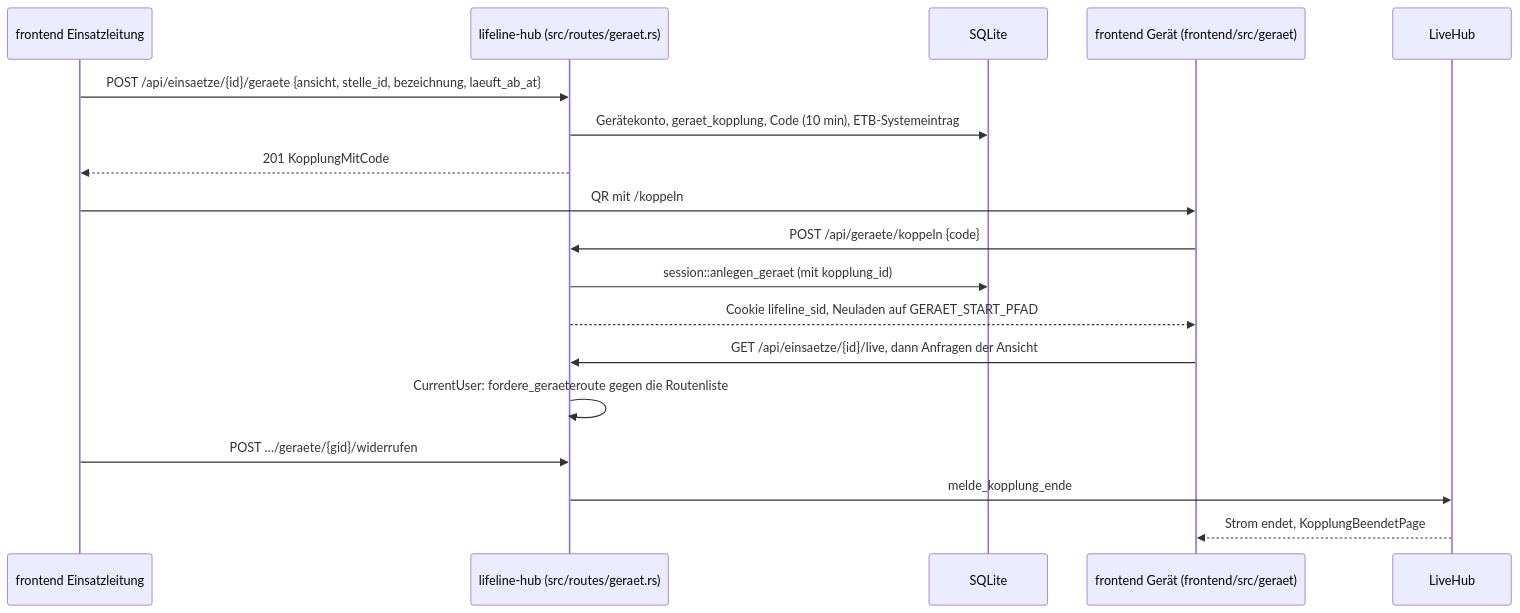
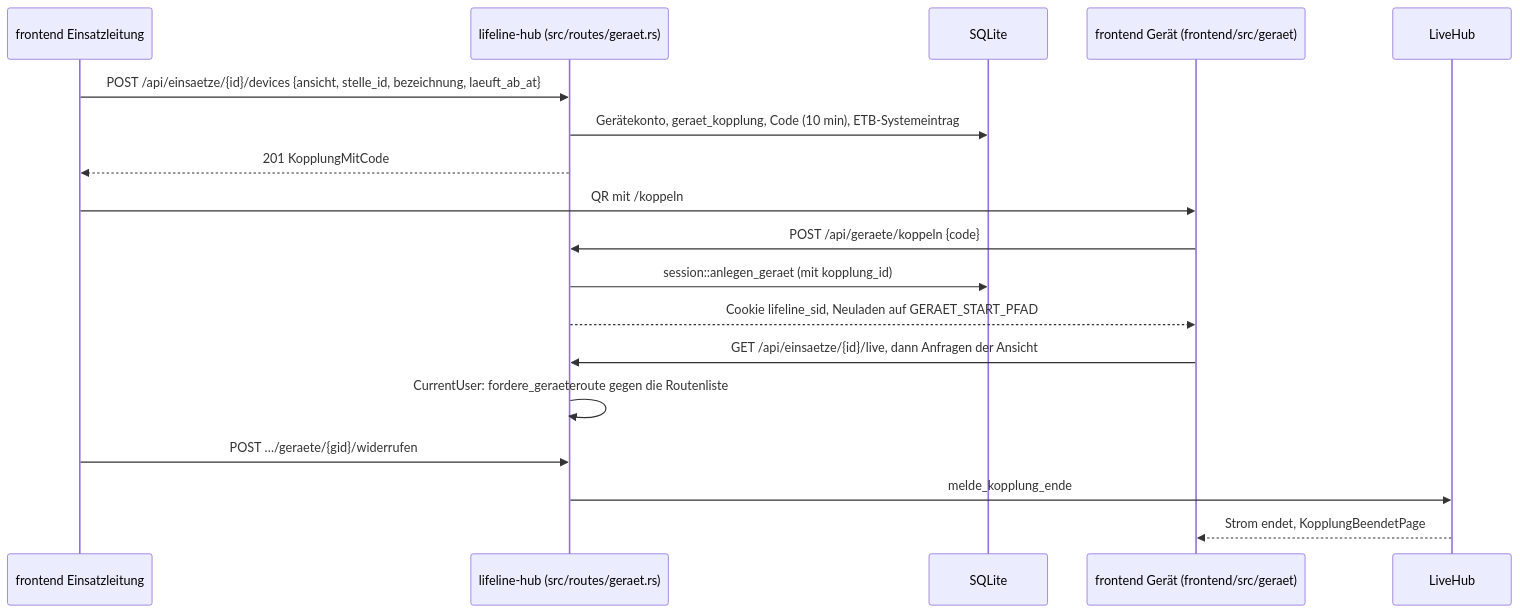
The seventh of 19 diagrams in docs/architektur/06-laufzeitsicht.md (rubenvitt/lifeline-hub), drawn with Mermaid before and after one commit. The commit also changed 344 other files, not shown here.

First line of the commit message:
refactor: Kräfte-Routen unter /api/einsaetze/{id}/ englisch (LLH-2056)

````diff
--- a/docs/architektur/06-laufzeitsicht.md
+++ b/docs/architektur/06-laufzeitsicht.md
@@ -255,20 +255,20 @@
 ```mermaid
 sequenceDiagram
   participant EL as frontend Einsatzleitung
   participant BE as lifeline-hub (src/routes/geraet.rs)
   participant DB as SQLite
   participant G as frontend Gerät (frontend/src/geraet)
   participant Hub as LiveHub
-  EL->>BE: POST /api/einsaetze/{id}/geraete {ansicht, stelle_id, bezeichnung, laeuft_ab_at}
+  EL->>BE: POST /api/einsaetze/{id}/devices {ansicht, stelle_id, bezeichnung, laeuft_ab_at}
   BE->>DB: Gerätekonto, geraet_kopplung, Code (10 min), ETB-Systemeintrag
   BE-->>EL: 201 KopplungMitCode
   EL->>G: QR mit /koppeln#CODE
   G->>BE: POST /api/geraete/koppeln {code}
   BE->>DB: session::anlegen_geraet (mit kopplung_id)
   BE-->>G: Cookie lifeline_sid, Neuladen auf GERAET_START_PFAD
   G->>BE: GET /api/einsaetze/{id}/live, dann Anfragen der Ansicht
   BE->>BE: CurrentUser: fordere_geraeteroute gegen die Routenliste
   EL->>BE: POST …/geraete/{gid}/widerrufen
   BE->>Hub: melde_kopplung_ende
   Hub-->>G: Strom endet, KopplungBeendetPage
 ```
````
